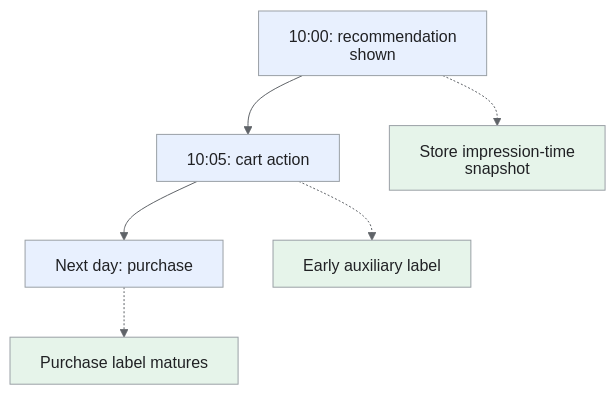
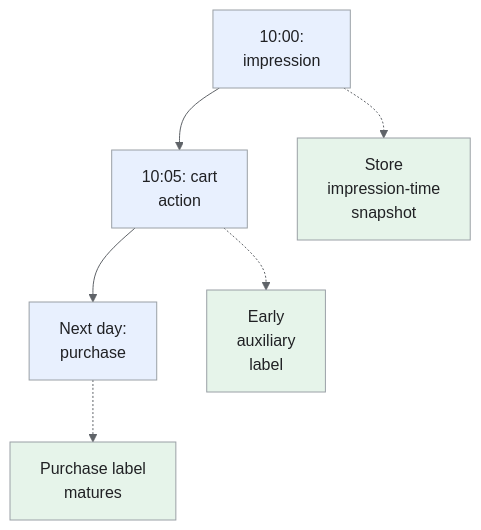
The sixth of 6 diagrams in _designs/product-recommendations.md (iliazlobin/iliazlobin.github.io), drawn with Mermaid before and after one commit. The commit also changed other lines of this file and 116 other files, not shown here.

````diff
--- a/_designs/product-recommendations.md
+++ b/_designs/product-recommendations.md
@@ -390,15 +395,15 @@
 ```mermaid
-%%{init: {'theme':'base','htmlLabels':false,'flowchart':{'htmlLabels':false},'themeVariables':{'fontFamily':'Arial, sans-serif','primaryColor':'#e8f0fe','primaryTextColor':'#202124','primaryBorderColor':'#9aa0a6','lineColor':'#5f6368','secondaryColor':'#e6f4ea','tertiaryColor':'#fef7e0','actorBkg':'#e8f0fe','actorBorder':'#9aa0a6','actorTextColor':'#202124','noteBkgColor':'#fef7e0','noteTextColor':'#202124','noteBorderColor':'#9aa0a6','signalColor':'#5f6368','signalTextColor':'#202124','labelBoxBkgColor':'#fef7e0','labelBoxBorderColor':'#9aa0a6'}}}%%
+%%{init: {'theme':'base','themeVariables':{'primaryColor':'#e8f0fe','primaryTextColor':'#202124','primaryBorderColor':'#9aa0a6','lineColor':'#5f6368','secondaryColor':'#e6f4ea','tertiaryColor':'#fef7e0','actorBkg':'#e8f0fe','actorBorder':'#9aa0a6','actorTextColor':'#202124','noteBkgColor':'#fef7e0','noteTextColor':'#202124','noteBorderColor':'#9aa0a6','signalColor':'#5f6368','signalTextColor':'#202124','labelBoxBkgColor':'#fef7e0','labelBoxBorderColor':'#9aa0a6'}}}%%
 flowchart TB
-    A["10:00: recommendation shown"] --> B["10:05: cart action"]
-    B --> C["Next day: purchase"]
-    A -.-> D["Store impression-time snapshot"]
-    B -.-> E["Early auxiliary label"]
-    C -.-> F["Purchase label matures"]
+    A["10:00:<br>impression"] --> B["10:05: cart<br>action"]
+    B --> C["Next day:<br>purchase"]
+    A -.-> D["Store<br>impression-time<br>snapshot"]
+    B -.-> E["Early<br>auxiliary<br>label"]
+    C -.-> F["Purchase label<br>matures"]
     class A,B,C request;
     class D,E,F data;
 classDef request fill:#e8f0fe,stroke:#9aa0a6,color:#202124;
 classDef data fill:#e6f4ea,stroke:#9aa0a6,color:#202124;
 classDef control fill:#fef7e0,stroke:#9aa0a6,color:#202124;
 classDef danger fill:#fce8e6,stroke:#9aa0a6,color:#202124;
 ```
````
